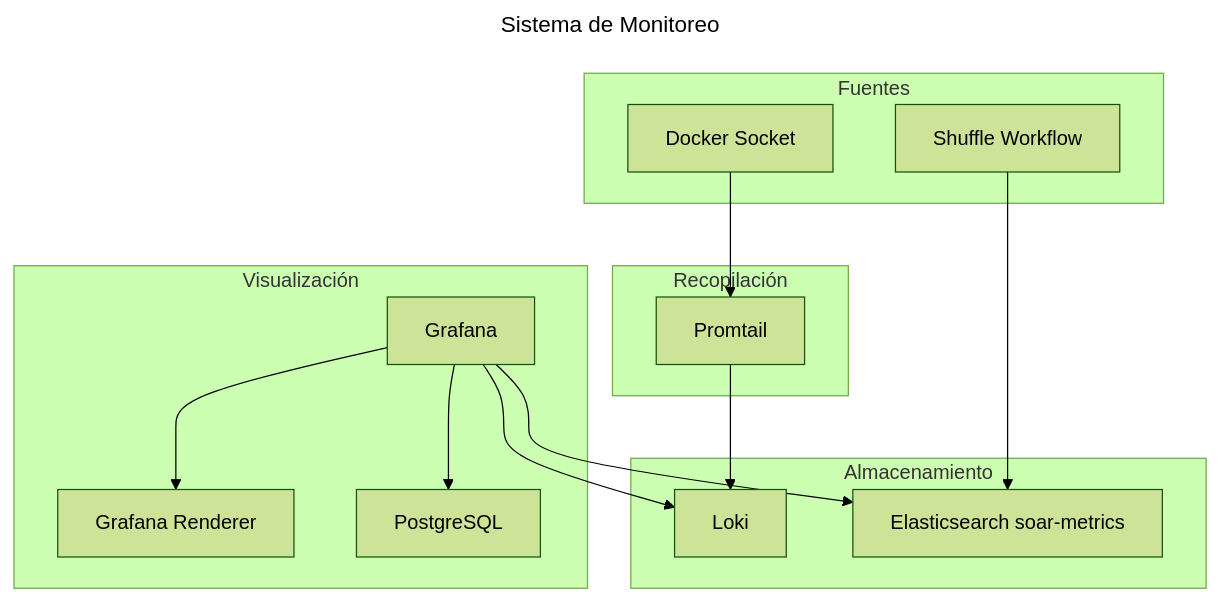
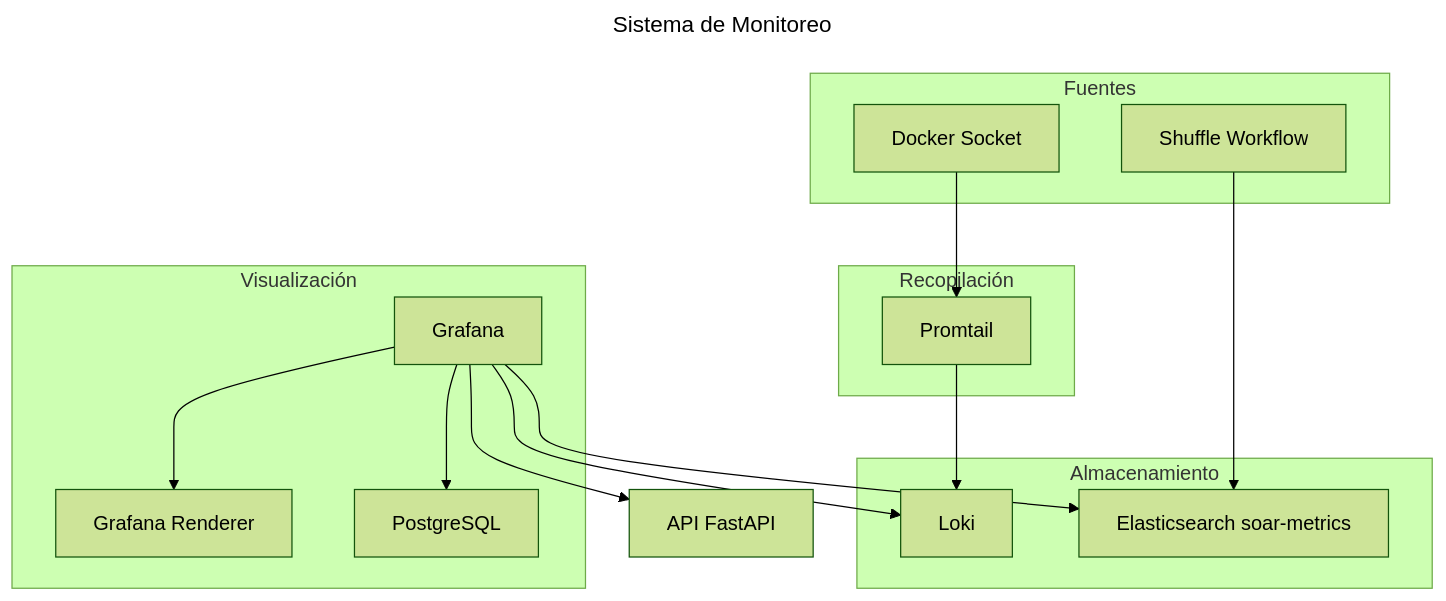
One commit to alesanfe/soar-ransomware-lab changed the sixth of 6 diagrams in docs/thesis/specific_development.md. Above: the diagram before and after it, drawn with Mermaid (forest theme). The commit also changed other lines of this file, not shown here.

````diff
--- a/docs/thesis/specific_development.md
+++ b/docs/thesis/specific_development.md
@@ -432,33 +432,34 @@
 ```mermaid
 ---
 title: Sistema de Monitoreo
 ---
 graph TD
     subgraph Recopilación
         P1[Promtail]
     end
 
     subgraph Almacenamiento
         L1[Loki]
         ES[Elasticsearch soar-metrics]
     end
 
     subgraph Visualización
         G1[Grafana]
         GR[Grafana Renderer]
         PG[PostgreSQL]
     end
 
     subgraph Fuentes
         DK[Docker Socket]
         SH[Shuffle Workflow]
     end
 
     DK --> P1
     P1 --> L1
     SH --> ES
     G1 --> L1
     G1 --> ES
+    G1 --> API2[API FastAPI]
     G1 --> PG
     G1 --> GR
 ```
````
